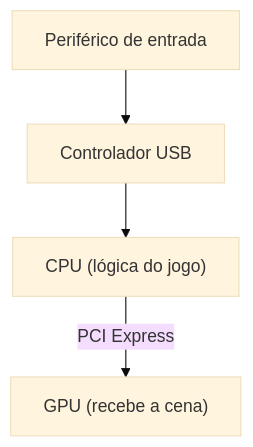
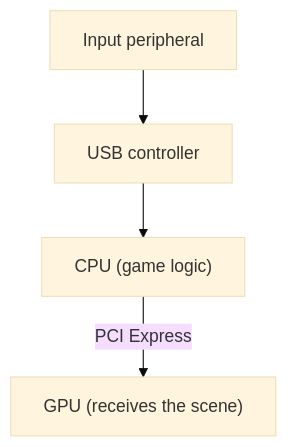
The second of 16 diagrams in docs/first_architectural_draft.md (jhonatanTeixeira/mimas-saturn-emulator), drawn with Mermaid (base theme) before and after one commit. The commit also changed other lines of this file and 2 other files, not shown here.

First line of the commit message:
Translate architecture planning docs to English

````diff
--- a/docs/first_architectural_draft.md
+++ b/docs/first_architectural_draft.md
@@ -32,6 +32,6 @@
 ```mermaid
 graph TD
-    Periferico["Periférico de entrada"] --> USB["Controlador USB"]
-    USB --> CPU["CPU (lógica do jogo)"]
-    CPU -->|PCI Express| GPU["GPU (recebe a cena)"]
+    Peripheral["Input peripheral"] --> USB["USB controller"]
+    USB --> CPU["CPU (game logic)"]
+    CPU -->|PCI Express| GPU["GPU (receives the scene)"]
 ```
````
